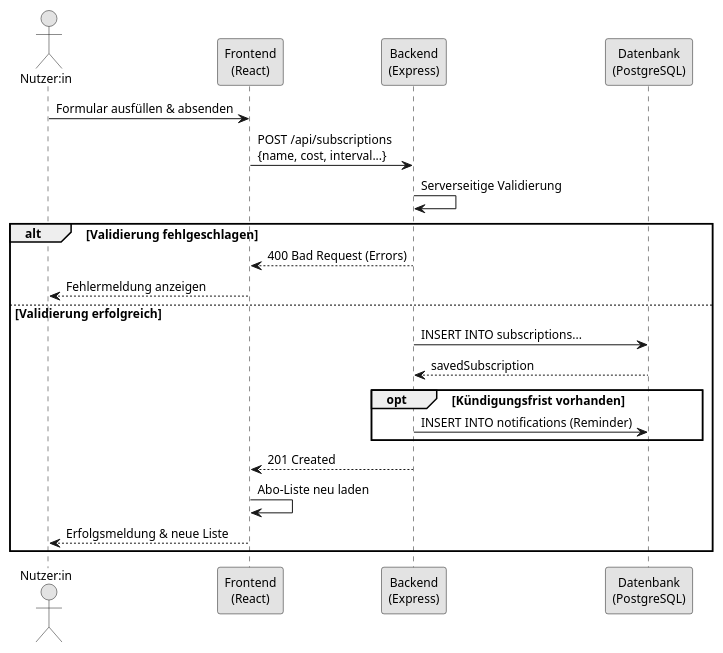
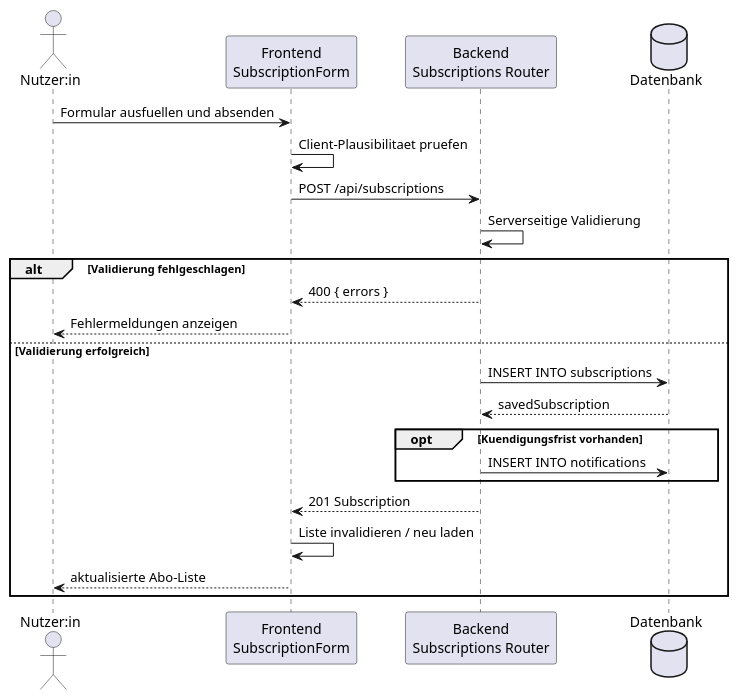
Before and after one commit to momel13/SubscriptionGuard-E2: the fifth of 9 diagrams in docs/technical/design.adoc, drawn with PlantUML. The commit also changed other lines of this file and 1 other file, not shown here.

```diff
--- a/docs/technical/design.adoc
+++ b/docs/technical/design.adoc
@@ -108,29 +551,27 @@
-[plantuml, sequence-booking, svg]
-....
+[plantuml,sequence-create-subscription,svg]
+----
 @startuml
-skinparam monochrome true
-skinparam defaultFontSize 12
+actor "Nutzer:in" as User
+participant "Frontend\nSubscriptionForm" as FE
+participant "Backend\nSubscriptions Router" as BE
+database "Datenbank" as DB
 
-actor "Nutzer:in" as user
-participant "Frontend\n(React)" as fe
-participant "Backend\n(Express)" as be
-participant "Datenbank\n(PostgreSQL)" as db
-
-user -> fe : Formular ausfüllen & absenden
-fe -> be : POST /api/subscriptions\n{name, cost, interval...}
-be -> be : Serverseitige Validierung
+User -> FE : Formular ausfuellen und absenden
+FE -> FE : Client-Plausibilitaet pruefen
+FE -> BE : POST /api/subscriptions
+BE -> BE : Serverseitige Validierung
 alt Validierung fehlgeschlagen
-    be --> fe : 400 Bad Request (Errors)
-    fe --> user : Fehlermeldung anzeigen
+  BE --> FE : 400 { errors }
+  FE --> User : Fehlermeldungen anzeigen
 else Validierung erfolgreich
-    be -> db : INSERT INTO subscriptions...
-    db --> be : savedSubscription
-    opt Kündigungsfrist vorhanden
-        be -> db : INSERT INTO notifications (Reminder)
-    end
-    be --> fe : 201 Created
-    fe -> fe : Abo-Liste neu laden
-    fe --> user : Erfolgsmeldung & neue Liste
+  BE -> DB : INSERT INTO subscriptions
+  DB --> BE : savedSubscription
+  opt Kuendigungsfrist vorhanden
+    BE -> DB : INSERT INTO notifications
+  end
+  BE --> FE : 201 Subscription
+  FE -> FE : Liste invalidieren / neu laden
+  FE --> User : aktualisierte Abo-Liste
 end
 @enduml
-....
+----
```
